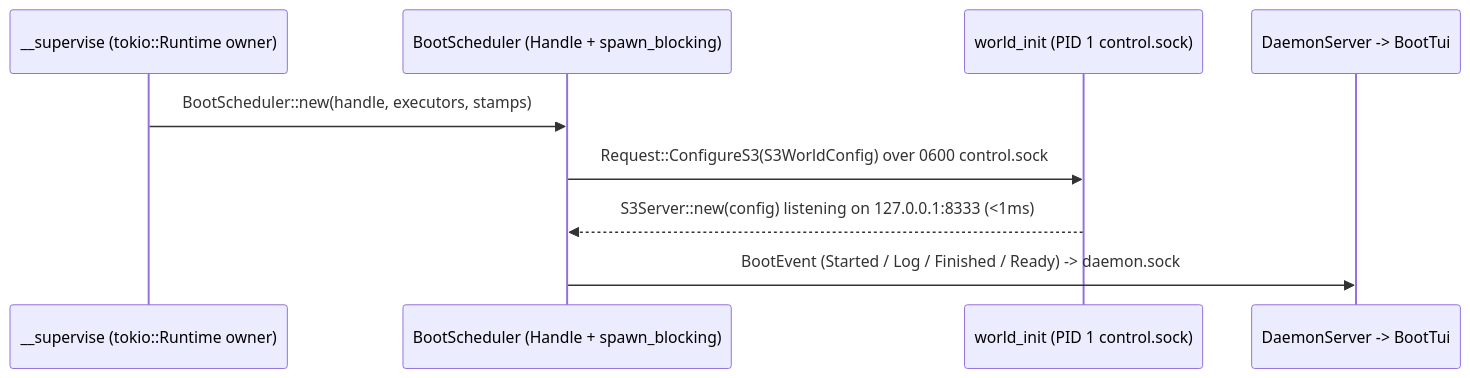
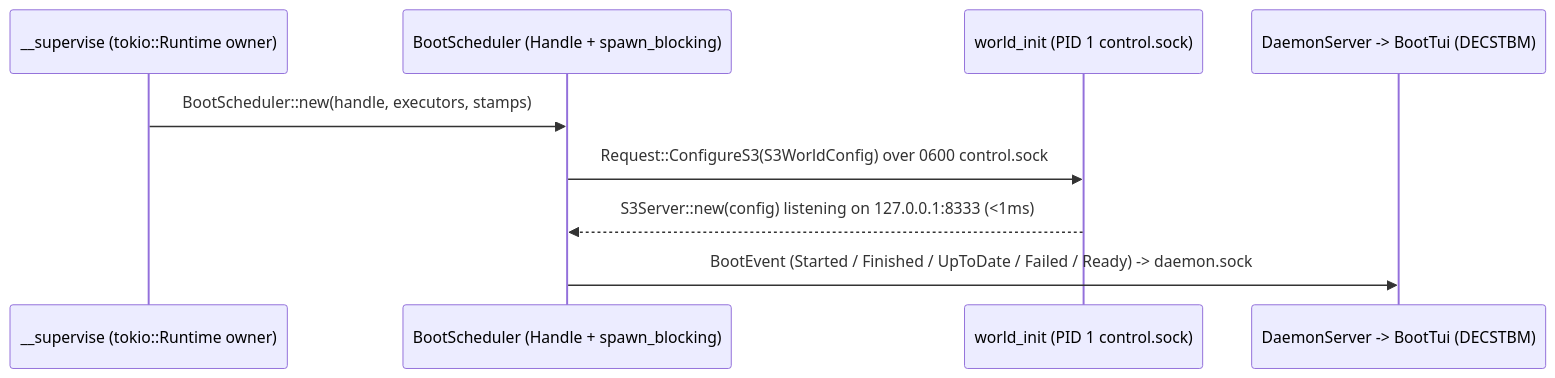
Before and after one commit to OffworldNexus/slipfork: the second of 3 diagrams in ARCHITECTURE.md, drawn with Mermaid. The commit also changed other lines of this file and 12 other files, not shown here.

````diff
--- a/ARCHITECTURE.md
+++ b/ARCHITECTURE.md
@@ -59,11 +59,11 @@
 ```mermaid
 sequenceDiagram
   participant Sup as __supervise (tokio::Runtime owner)
   participant Sched as BootScheduler (Handle + spawn_blocking)
   participant Init as world_init (PID 1 control.sock)
-  participant Daemon as DaemonServer -> BootTui
+  participant Daemon as DaemonServer -> BootTui (DECSTBM)
   Sup->>Sched: BootScheduler::new(handle, executors, stamps)
   Sched->>Init: Request::ConfigureS3(S3WorldConfig) over 0600 control.sock
   Init-->>Sched: S3Server::new(config) listening on 127.0.0.1:8333 (<1ms)
-  Sched->>Daemon: BootEvent (Started / Log / Finished / Ready) -> daemon.sock
+  Sched->>Daemon: BootEvent (Started / Finished / UpToDate / Failed / Ready) -> daemon.sock
 ```
````
